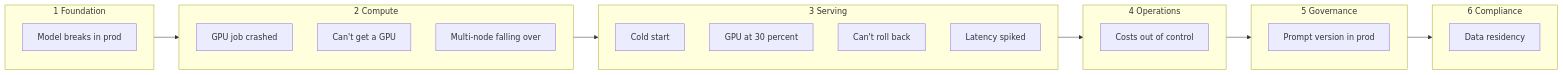
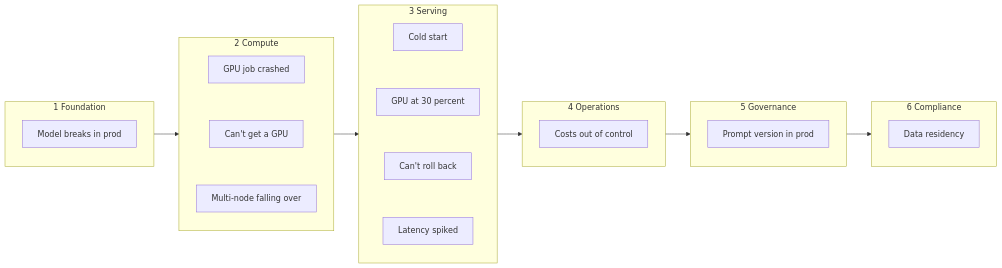
The diagram in README.md (arun-gupta/cloudnative-for-ai-developers), drawn with Mermaid before and after one commit.

Commit message:
Force vertical stacking within category boxes using invisible edges

````diff
--- a/README.md
+++ b/README.md
@@ -27,33 +27,38 @@
 ```mermaid
 flowchart LR
     subgraph S1[1 Foundation]
         direction TB
         N1[Model breaks in prod]
     end
     subgraph S2[2 Compute]
         direction TB
         N2[GPU job crashed]
         N3[Can't get a GPU]
         N4[Multi-node falling over]
+        N2 ~~~ N3
+        N3 ~~~ N4
     end
     subgraph S3[3 Serving]
         direction TB
         N5[Cold start]
         N6[GPU at 30 percent]
         N7[Can't roll back]
         N8[Latency spiked]
+        N5 ~~~ N6
+        N6 ~~~ N7
+        N7 ~~~ N8
     end
     subgraph S4[4 Operations]
         direction TB
         N9[Costs out of control]
     end
     subgraph S5[5 Governance]
         direction TB
         N10[Prompt version in prod]
     end
     subgraph S6[6 Compliance]
         direction TB
         N11[Data residency]
     end
     S1 --> S2 --> S3 --> S4 --> S5 --> S6
 ```
````
